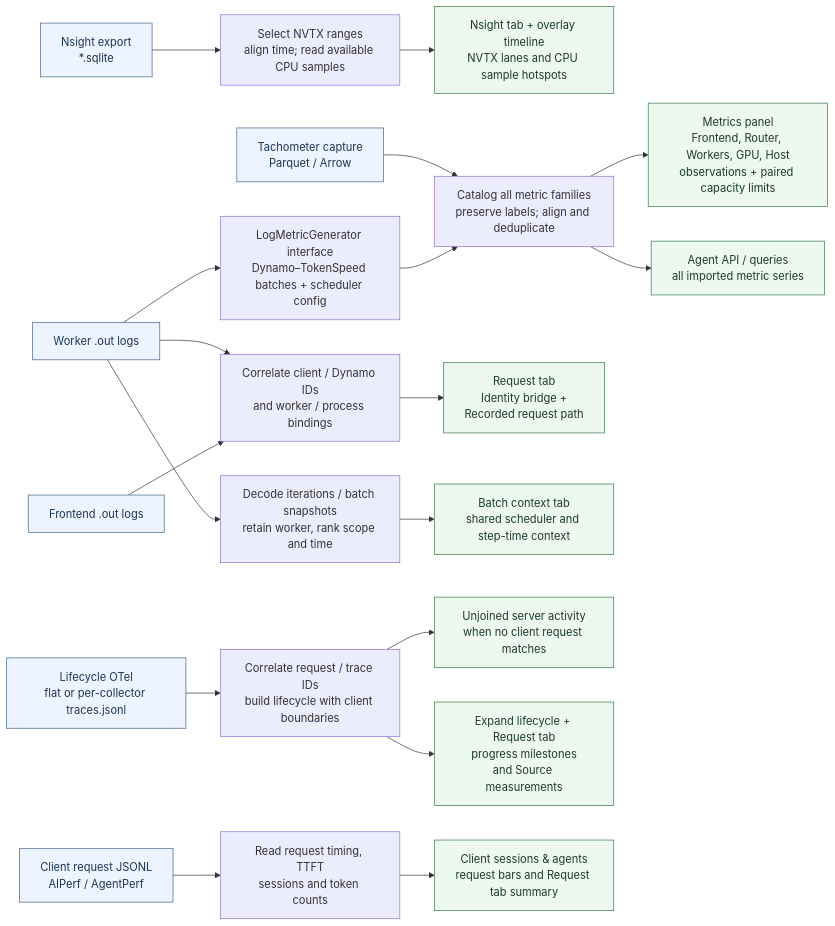
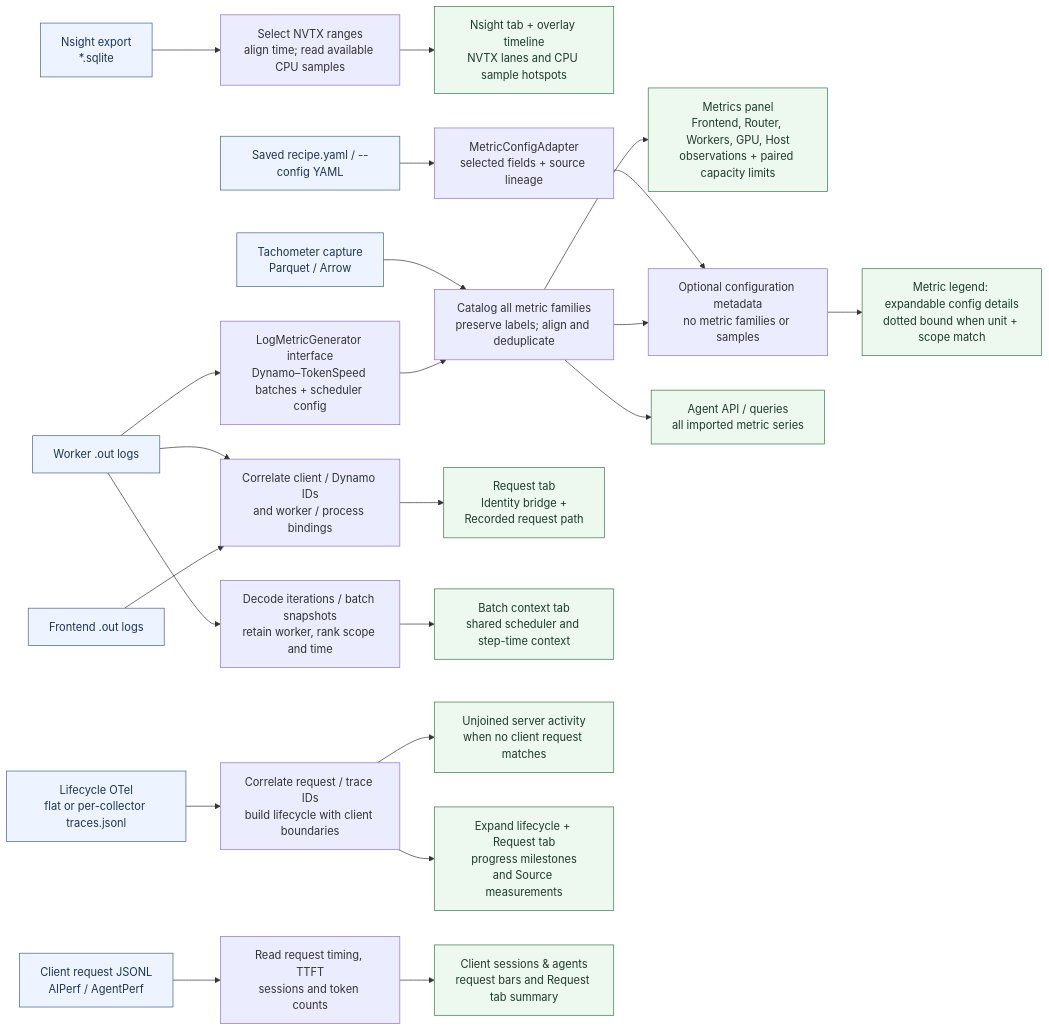
One commit to NVIDIA/srt-slurm changed the first of 2 diagrams in docs/dsight-data-flow.md. Above: the diagram before and after it, drawn with Mermaid. The commit also changed other lines of this file and 16 other files, not shown here.

Commit message:
feat(dsight): attach saved configuration lineage to runtime metrics

````diff
--- a/docs/dsight-data-flow.md
+++ b/docs/dsight-data-flow.md
@@ -14,29 +14,33 @@
 ```mermaid
 flowchart LR
     N["Nsight export<br/>*.sqlite"] --> NP["Select NVTX ranges<br/>align time; read available CPU samples"]
     NP --> NU["Nsight tab + overlay timeline<br/>NVTX lanes and CPU sample hotspots"]
 
     T["Tachometer capture<br/>Parquet / Arrow"] --> MP["Catalog all metric families<br/>preserve labels; align and deduplicate"]
     MP --> MU["Metrics panel<br/>Frontend, Router, Workers, GPU, Host<br/>observations + paired capacity limits"]
+    R["Saved recipe.yaml / --config YAML"] --> CA["MetricConfigAdapter<br/>selected fields + source lineage"]
+    CA --> CM["Optional configuration metadata<br/>no metric families or samples"]
+    MP --> CM
+    CM --> CV["Metric legend: expandable config details<br/>dotted bound when unit + scope match"]
     MP --> MQ["Agent API / queries<br/>all imported metric series"]
 
     W["Worker .out logs"] --> IP["Correlate client / Dynamo IDs<br/>and worker / process bindings"]
     F["Frontend .out logs"] --> IP
     IP --> IU["Request tab<br/>Identity bridge +<br/>Recorded request path"]
     W --> LM["LogMetricGenerator interface<br/>Dynamo–TokenSpeed batches + scheduler config"]
     LM --> MP
     W --> BP["Decode iterations / batch snapshots<br/>retain worker, rank scope and time"]
     BP --> BU["Batch context tab<br/>shared scheduler and step-time context"]
 
     O["Lifecycle OTel<br/>flat or per-collector traces.jsonl"] --> LP["Correlate request / trace IDs<br/>build lifecycle with client boundaries"]
     LP --> SU["Unjoined server activity<br/>when no client request matches"]
     LP --> LU["Expand lifecycle + Request tab<br/>progress milestones<br/>and Source measurements"]
 
     C["Client request JSONL<br/>AIPerf / AgentPerf"] --> CP["Read request timing, TTFT<br/>sessions and token counts"]
     CP --> CU["Client sessions & agents<br/>request bars and Request tab summary"]
 
     classDef source fill:#edf4ff,stroke:#42638c,color:#1c3553;
     classDef ui fill:#edf8ef,stroke:#36784c,color:#1c3c28;
-    class N,T,W,F,O,C source;
-    class NU,MU,MQ,IU,BU,LU,SU,CU ui;
+    class N,T,W,F,O,C,R source;
+    class NU,MU,MQ,IU,BU,LU,SU,CU,CV ui;
 ```
````
